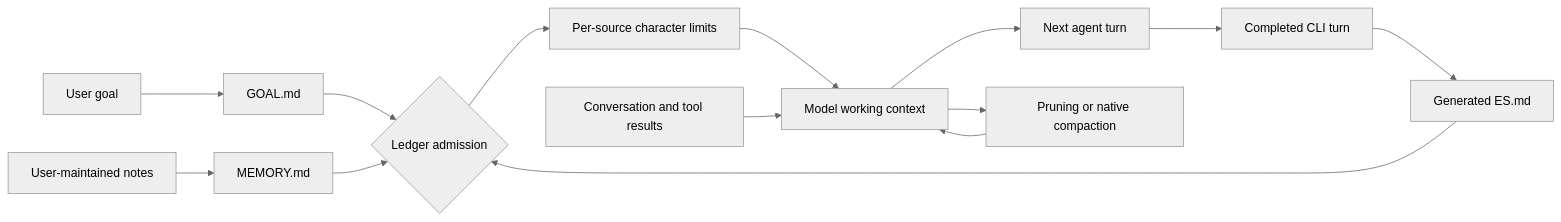
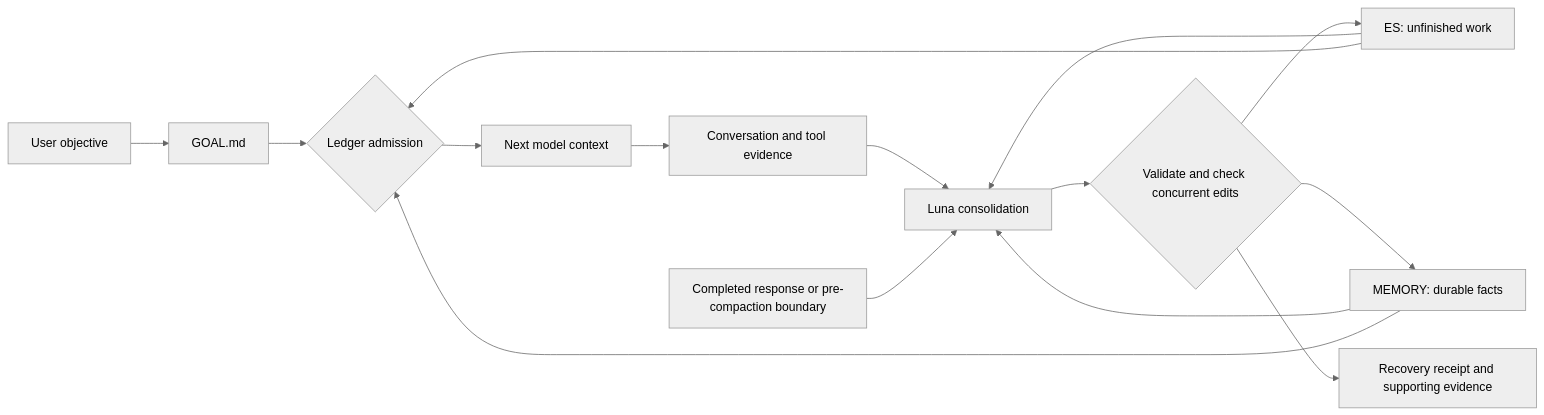
The second of 2 diagrams in docs/context.md (MasihMoafi/Elpis), drawn with Mermaid (neutral theme) before and after one commit. The commit also changed other lines of this file and 13 other files, not shown here.

````diff
--- a/docs/context.md
+++ b/docs/context.md
@@ -105,16 +108,17 @@
 ```mermaid
 flowchart LR
-    U[User goal] --> G[GOAL.md]
-    T[Completed CLI turn] --> E[Generated ES.md]
-    N[User-maintained notes] --> M[MEMORY.md]
+    U[User objective] --> G[GOAL.md]
+    H[Conversation and tool evidence] --> S[Luna consolidation]
+    B[Completed response or pre-compaction boundary] --> S
+    E[ES: unfinished work] --> S
+    M[MEMORY: durable facts] --> S
+    S --> V{Validate and check concurrent edits}
+    V --> E
+    V --> M
+    V --> R[Recovery receipt and supporting evidence]
     G --> A{Ledger admission}
     E --> A
     M --> A
-    A --> L[Per-source character limits]
-    L --> C[Model working context]
-    H[Conversation and tool results] --> C
-    C --> R[Next agent turn]
-    R --> T
-    C --> P[Pruning or native compaction]
-    P --> C
+    A --> C[Next model context]
+    C --> H
 ```
````
